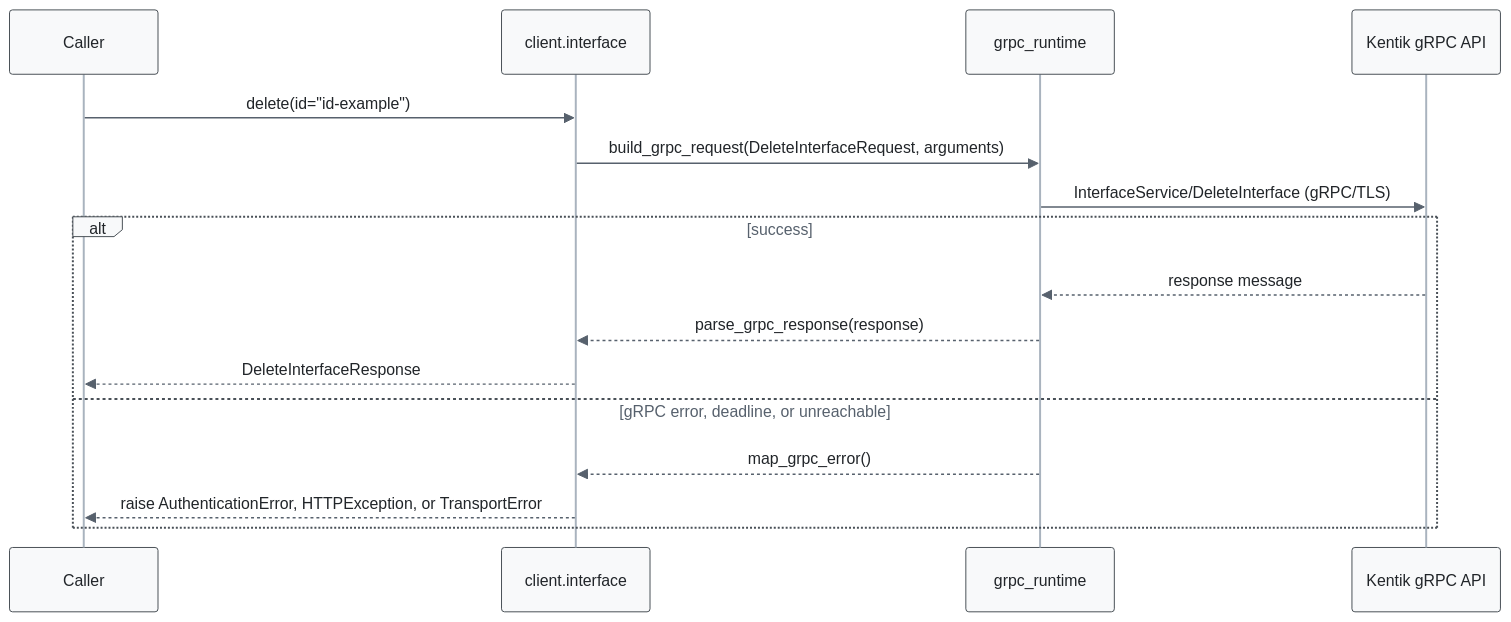
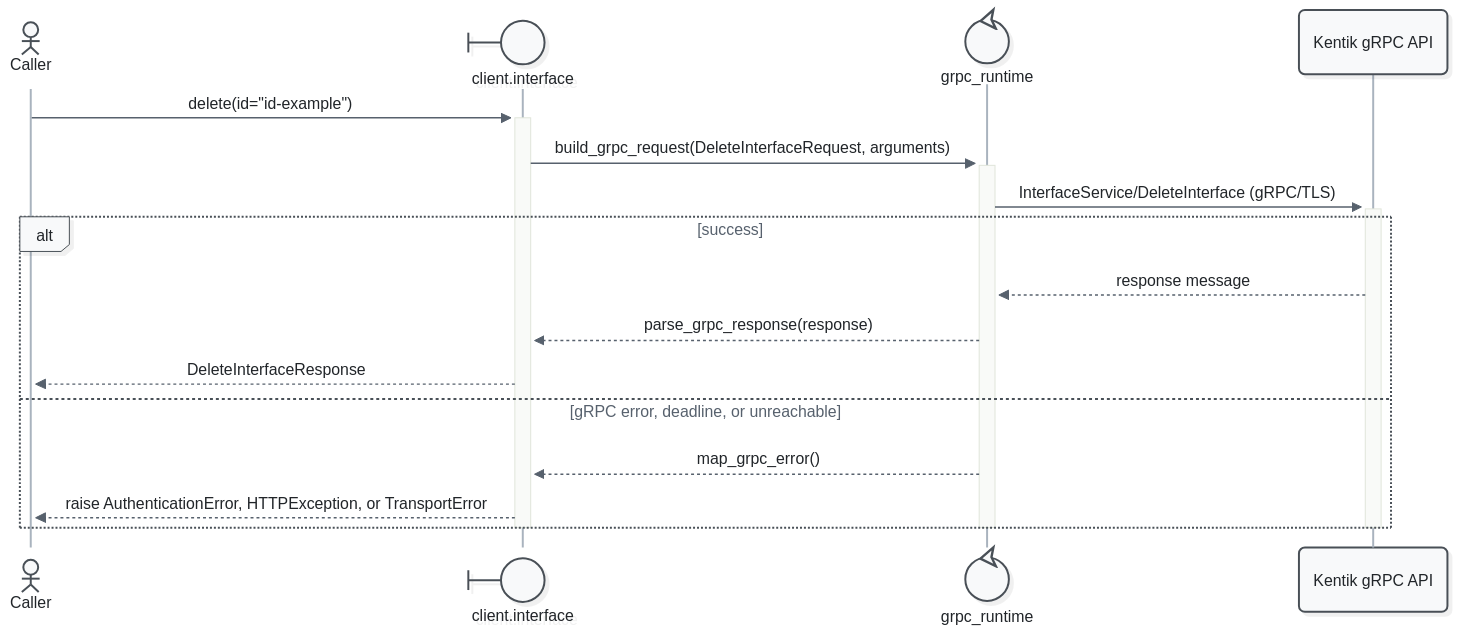
The tenth of 13 diagrams in docs/sphinx/services/interface.md (alexdearaujo/community_sdk_python), drawn with Mermaid before and after one commit. The commit also changed other lines of this file and 52 other files, not shown here.

First line of the commit message:
docs: Mermaid 12 sequence diagrams with participant types and path colors

````diff
--- a/docs/sphinx/services/interface.md
+++ b/docs/sphinx/services/interface.md
@@ -375,20 +397,23 @@
 ```mermaid
-%%{init: {"theme": "base", "fontFamily": "ui-monospace, SFMono-Regular, Menlo, monospace", "themeVariables": {"fontFamily": "ui-monospace, SFMono-Regular, Menlo, monospace", "primaryColor": "#f8f9fa", "primaryBorderColor": "#495057", "primaryTextColor": "#212529", "textColor": "#212529", "lineColor": "#77818c", "edgeLabelBackground": "#ffffff", "actorBkg": "#f8f9fa", "actorBorder": "#495057", "actorTextColor": "#212529", "actorLineColor": "#a9b3be", "signalColor": "#57616d", "signalTextColor": "#212529", "labelBoxBkgColor": "#f8f9fa", "labelBoxBorderColor": "#495057", "labelTextColor": "#212529", "loopTextColor": "#57616d", "noteBkgColor": "#fff9db", "noteBorderColor": "#f08c00", "noteTextColor": "#a35a00"}, "flowchart": {"curve": "step", "nodeSpacing": 30, "rankSpacing": 70, "wrappingWidth": 400}}}%%
+%%{init: {"theme": "redux", "look": "neo", "layout": "dagre", "fontFamily": "ui-monospace, SFMono-Regular, Menlo, monospace", "themeVariables": {"fontFamily": "ui-monospace, SFMono-Regular, Menlo, monospace", "primaryColor": "#f8f9fa", "primaryBorderColor": "#495057", "primaryTextColor": "#212529", "textColor": "#212529", "lineColor": "#77818c", "edgeLabelBackground": "#ffffff", "actorBkg": "#f8f9fa", "actorBorder": "#495057", "actorTextColor": "#212529", "actorLineColor": "#a9b3be", "signalColor": "#57616d", "signalTextColor": "#212529", "labelBoxBkgColor": "#f8f9fa", "labelBoxBorderColor": "#495057", "labelTextColor": "#212529", "loopTextColor": "#57616d", "noteBkgColor": "#fff9db", "noteBorderColor": "#f08c00", "noteTextColor": "#a35a00"}, "sequence": {"activationWidth": 16}, "flowchart": {"curve": "step", "nodeSpacing": 30, "rankSpacing": 70, "wrappingWidth": 400}}}%%
 sequenceDiagram
-    participant C as Caller
-    participant W as client.interface
-    participant R as grpc_runtime
+    actor C as Caller
+    participant W@{ "type": "boundary" } as client.interface
+    participant R@{ "type": "control" } as grpc_runtime
     participant API as Kentik gRPC API
 
-    C->>W: delete(id="id-example")
-    W->>R: build_grpc_request(DeleteInterfaceRequest, arguments)
-    R->>API: InterfaceService/DeleteInterface (gRPC/TLS)
+    C->>+W: delete(id="id-example")
+    W->>+R: build_grpc_request(DeleteInterfaceRequest, arguments)
+    R->>+API: InterfaceService/DeleteInterface (gRPC/TLS)
     alt success
         API-->>R: response message
         R-->>W: parse_grpc_response(response)
         W-->>C: DeleteInterfaceResponse
     else gRPC error, deadline, or unreachable
         R-->>W: map_grpc_error()
         W-->>C: raise AuthenticationError, HTTPException, or TransportError
     end
+    deactivate API
+    deactivate R
+    deactivate W
 ```
````
